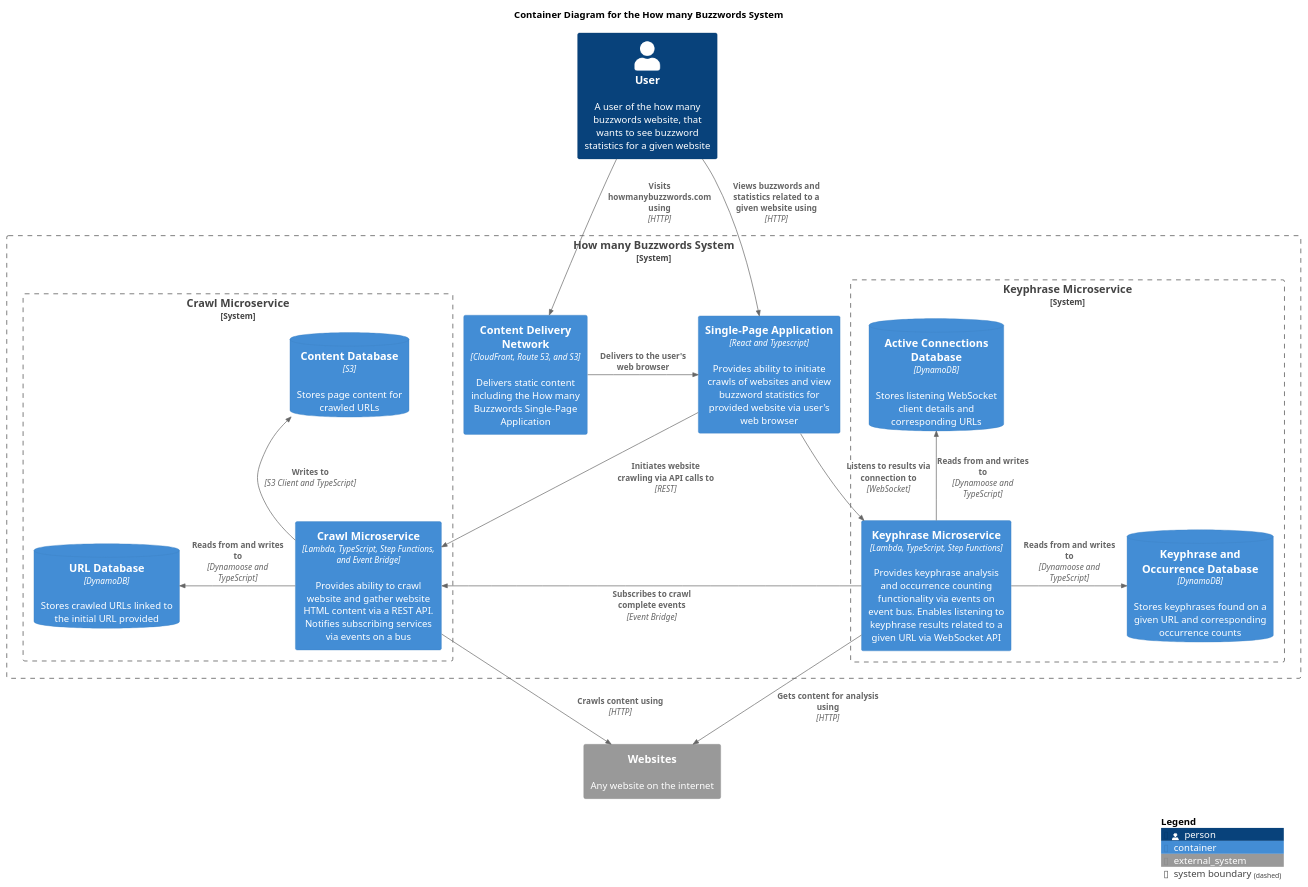
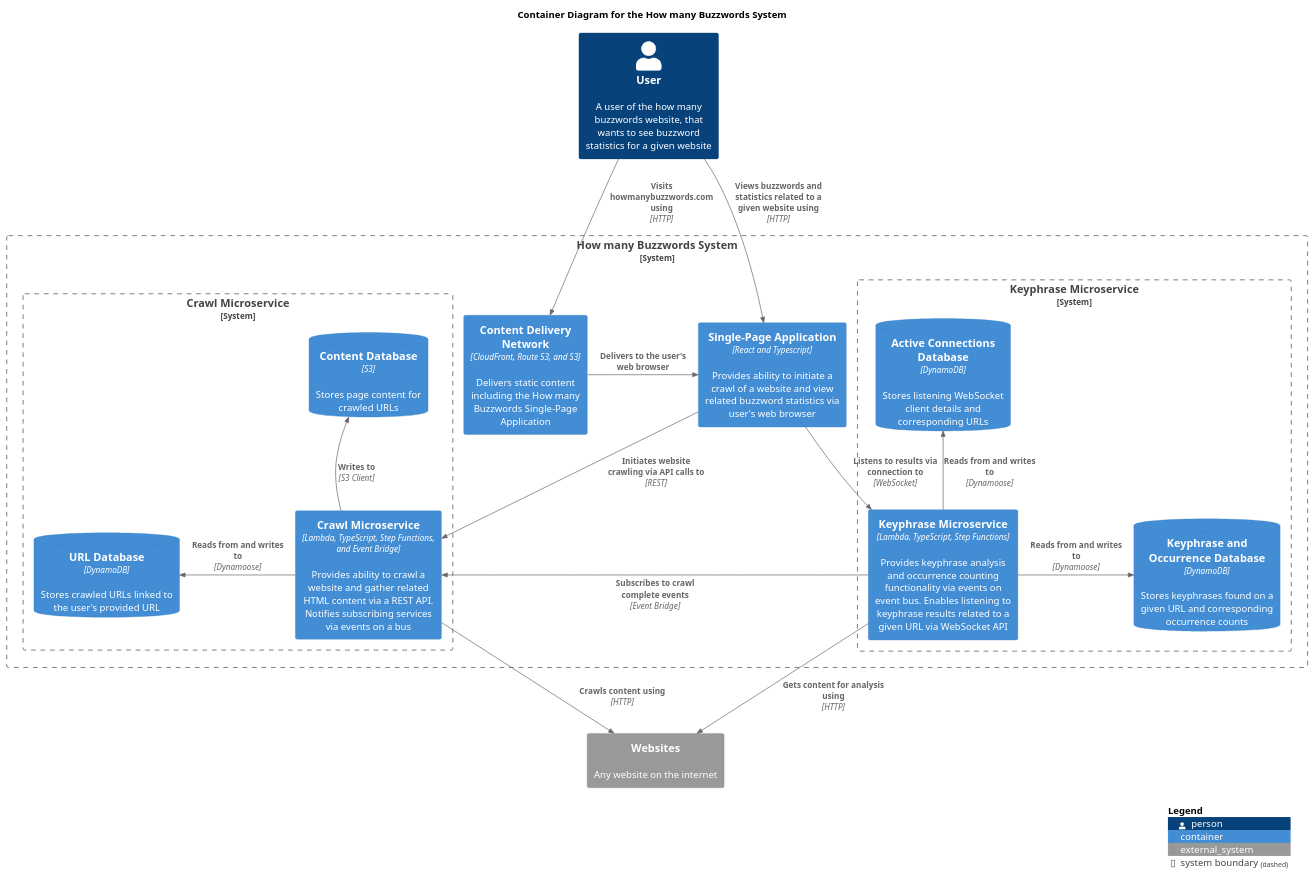
The diagram in docs/c4-diagrams/buzzword-c4-container.puml (ashley-evans/how-many-buzzwords), drawn with PlantUML before and after one commit. The commit also changed 2 other files, not shown here.

Commit message:
Update component and container diagrams to remove redundant text and improve readability

```diff
--- a/docs/c4-diagrams/buzzword-c4-container.puml
+++ b/docs/c4-diagrams/buzzword-c4-container.puml
@@ -1,46 +1,46 @@
 @startuml Buzzword C4 Container Diagram
 
 !include https://raw.githubusercontent.com/plantuml-stdlib/C4-PlantUML/master/C4_Container.puml
 
 title Container Diagram for the How many Buzzwords System
 
 Person(user, "User", "A user of the how many buzzwords website, that wants to see buzzword statistics for a given website")
 System_Boundary(buzzword_system, "How many Buzzwords System") {
     Container(content_delivery_network, "Content Delivery Network", "CloudFront, Route 53, and S3", $descr="Delivers static content including the How many Buzzwords Single-Page Application")
-    Container(single_page_application, "Single-Page Application", "React and Typescript", $descr="Provides ability to initiate crawls of websites and view buzzword statistics for provided website via user's web browser")
+    Container(single_page_application, "Single-Page Application", "React and Typescript", $descr="Provides ability to initiate a crawl of a website and view related buzzword statistics via user's web browser")
 
     System_Boundary(crawl_microservice_boundary, "Crawl Microservice") {
-        Container(crawl_microservice, "Crawl Microservice", "Lambda, TypeScript, Step Functions, and Event Bridge", $descr="Provides ability to crawl website and gather website HTML content via a REST API. Notifies subscribing services via events on a bus")
-        ContainerDb(crawl_url_db, "URL Database", "DynamoDB", $descr="Stores crawled URLs linked to the initial URL provided")
+        Container(crawl_microservice, "Crawl Microservice", "Lambda, TypeScript, Step Functions, and Event Bridge", $descr="Provides ability to crawl a website and gather related HTML content via a REST API. Notifies subscribing services via events on a bus")
+        ContainerDb(crawl_url_db, "URL Database", "DynamoDB", $descr="Stores crawled URLs linked to the user's provided URL")
         ContainerDb(crawl_content_db, "Content Database", "S3", $descr="Stores page content for crawled URLs")
     }
 
     System_Boundary(keyphrase_microservice_boundary, "Keyphrase Microservice") {
         Container(keyphrase_microservice, "Keyphrase Microservice", "Lambda, TypeScript, Step Functions", "Provides keyphrase analysis and occurrence counting functionality via events on event bus. Enables listening to keyphrase results related to a given URL via WebSocket API")
         ContainerDb(keyphrase_db, "Keyphrase and Occurrence Database", "DynamoDB", "Stores keyphrases found on a given URL and corresponding occurrence counts")
         ContainerDb(active_connections_db, "Active Connections Database", "DynamoDB", "Stores listening WebSocket client details and corresponding URLs")
     }
 }
 
 System_Ext(websites, "Websites", "Any website on the internet")
 
 Rel(user, content_delivery_network, "Visits howmanybuzzwords.com using", "HTTP")
 Rel(user, single_page_application, "Views buzzwords and statistics related to a given website using", "HTTP")
 
 Rel_R(content_delivery_network, single_page_application, "Delivers to the user's web browser")
 
 Rel(single_page_application, crawl_microservice, "Initiates website crawling via API calls to", "REST")
 Rel(single_page_application, keyphrase_microservice, "Listens to results via connection to", "WebSocket")
 
-Rel_L(crawl_microservice, crawl_url_db, "Reads from and writes to", "Dynamoose and TypeScript")
-Rel_U(crawl_microservice, crawl_content_db, "Writes to", "S3 Client and TypeScript")
+Rel_L(crawl_microservice, crawl_url_db, "Reads from and writes to", "Dynamoose")
+Rel_U(crawl_microservice, crawl_content_db, "Writes to", "S3 Client")
 Rel(crawl_microservice, websites, "Crawls content using", "HTTP")
 
-Rel_R(keyphrase_microservice, keyphrase_db, "Reads from and writes to", "Dynamoose and TypeScript")
-Rel_U(keyphrase_microservice, active_connections_db, "Reads from and writes to", "Dynamoose and TypeScript")
+Rel_R(keyphrase_microservice, keyphrase_db, "Reads from and writes to", "Dynamoose")
+Rel_U(keyphrase_microservice, active_connections_db, "Reads from and writes to", "Dynamoose")
 Rel_L(keyphrase_microservice, crawl_microservice, "Subscribes to crawl complete events", "Event Bridge")
 Rel(keyphrase_microservice, websites, "Gets content for analysis using", "HTTP")
 
 SHOW_LEGEND()
 
 @enduml
```
